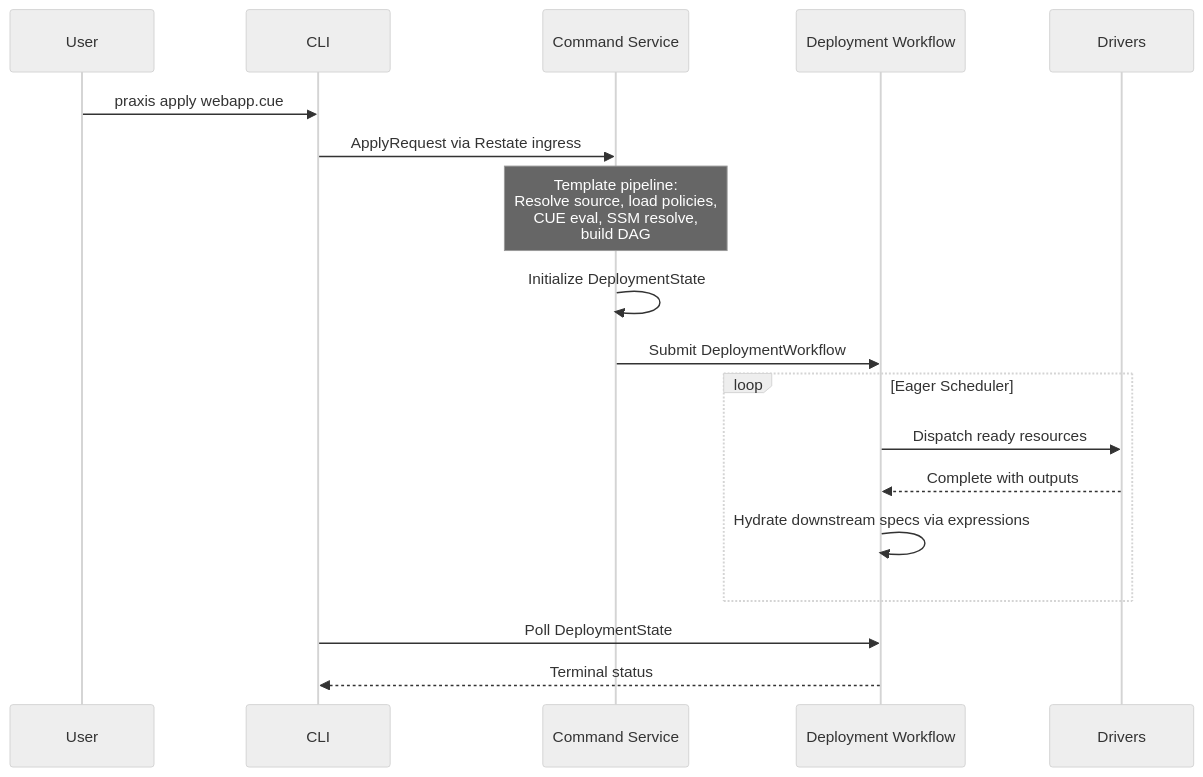
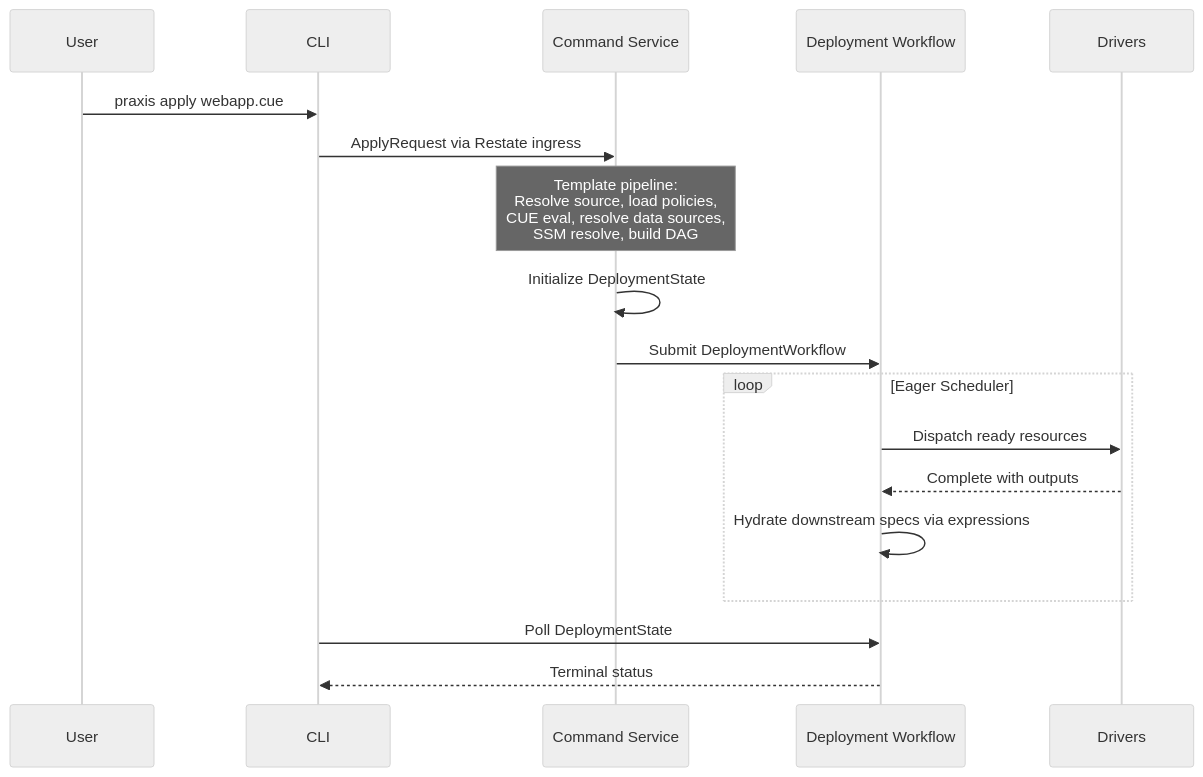
The second of 5 diagrams in docs/ARCHITECTURE.md (shirvan/praxis), drawn with Mermaid (neutral theme) before and after one commit. The commit also changed other lines of this file and 54 other files, not shown here.

First line of the commit message:
refactor: template evaluation and add data source handling for non managed resources

````diff
--- a/docs/ARCHITECTURE.md
+++ b/docs/ARCHITECTURE.md
@@ -185,25 +185,25 @@
 ```mermaid
 sequenceDiagram
     participant User
     participant CLI
     participant CS as Command Service
     participant WF as Deployment Workflow
     participant D as Drivers
 
     User->>CLI: praxis apply webapp.cue
     CLI->>CS: ApplyRequest via Restate ingress
 
-    Note over CS: Template pipeline:<br/>Resolve source, load policies,<br/>CUE eval, SSM resolve,<br/>build DAG
+    Note over CS: Template pipeline:<br/>Resolve source, load policies,<br/>CUE eval, resolve data sources,<br/>SSM resolve, build DAG
 
     CS->>CS: Initialize DeploymentState
     CS->>WF: Submit DeploymentWorkflow
 
     loop Eager Scheduler
         WF->>D: Dispatch ready resources
         D-->>WF: Complete with outputs
         WF->>WF: Hydrate downstream specs via expressions
     end
 
     CLI->>WF: Poll DeploymentState
     WF-->>CLI: Terminal status
 ```
````
